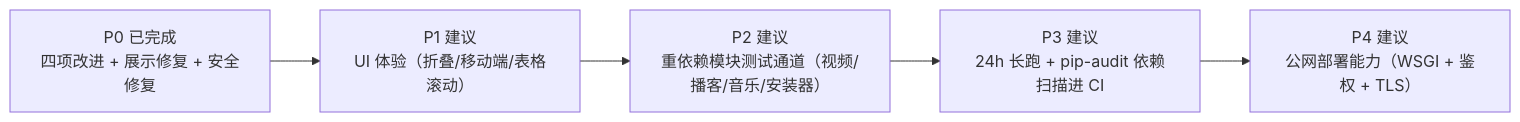
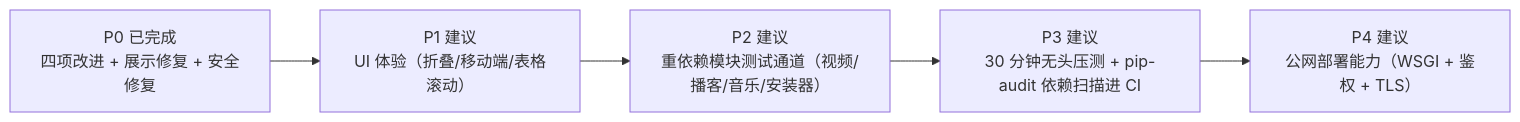
The second of 2 diagrams in docs/landing-report.md (jiangchuangege/xiaojiao-harness), drawn with Mermaid before and after one commit. The commit also changed other lines of this file and 8 other files, not shown here.

````diff
--- a/docs/landing-report.md
+++ b/docs/landing-report.md
@@ -276,7 +276,7 @@
 ```mermaid
 flowchart LR
     A["P0 已完成<br/>四项改进 + 展示修复 + 安全修复"] --> B["P1 建议<br/>UI 体验（折叠/移动端/表格滚动）"]
     B --> C["P2 建议<br/>重依赖模块测试通道（视频/播客/音乐/安装器）"]
-    C --> D["P3 建议<br/>24h 长跑 + pip-audit 依赖扫描进 CI"]
+    C --> D["P3 建议<br/>30 分钟无头压测 + pip-audit 依赖扫描进 CI"]
     D --> E["P4 建议<br/>公网部署能力（WSGI + 鉴权 + TLS）"]
 ```
````
